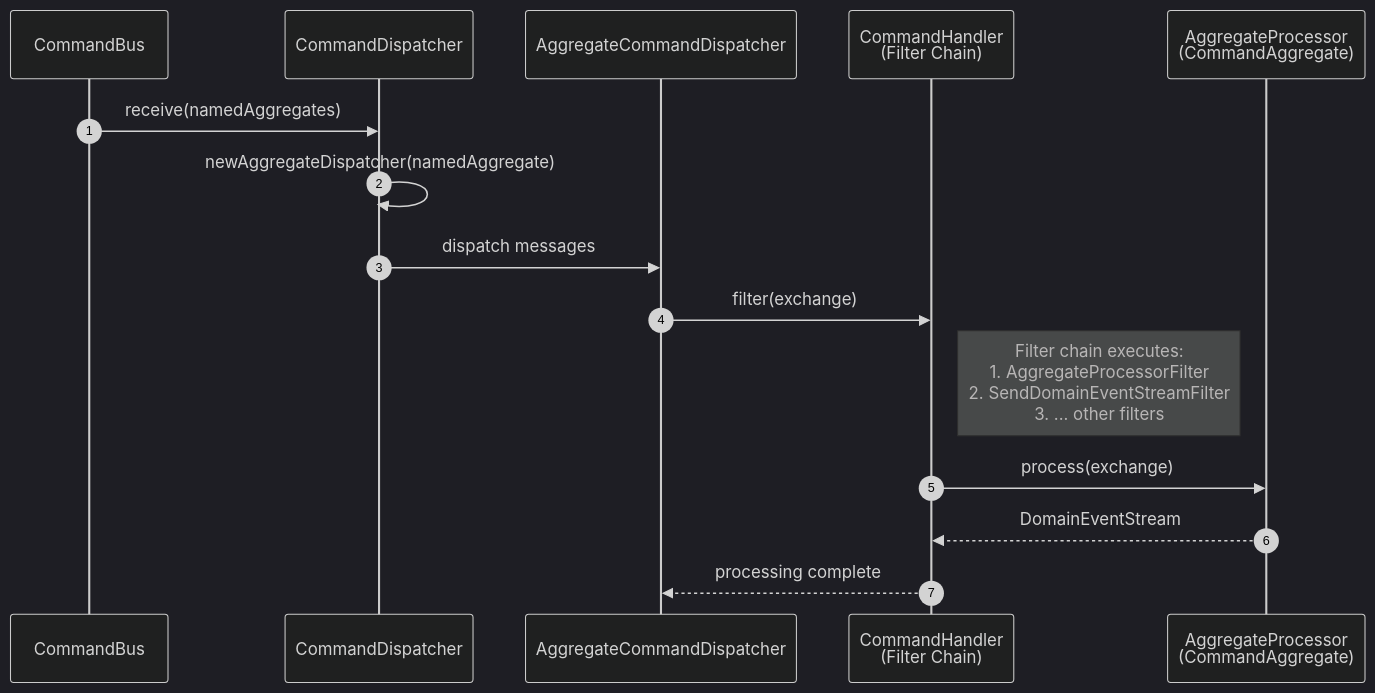
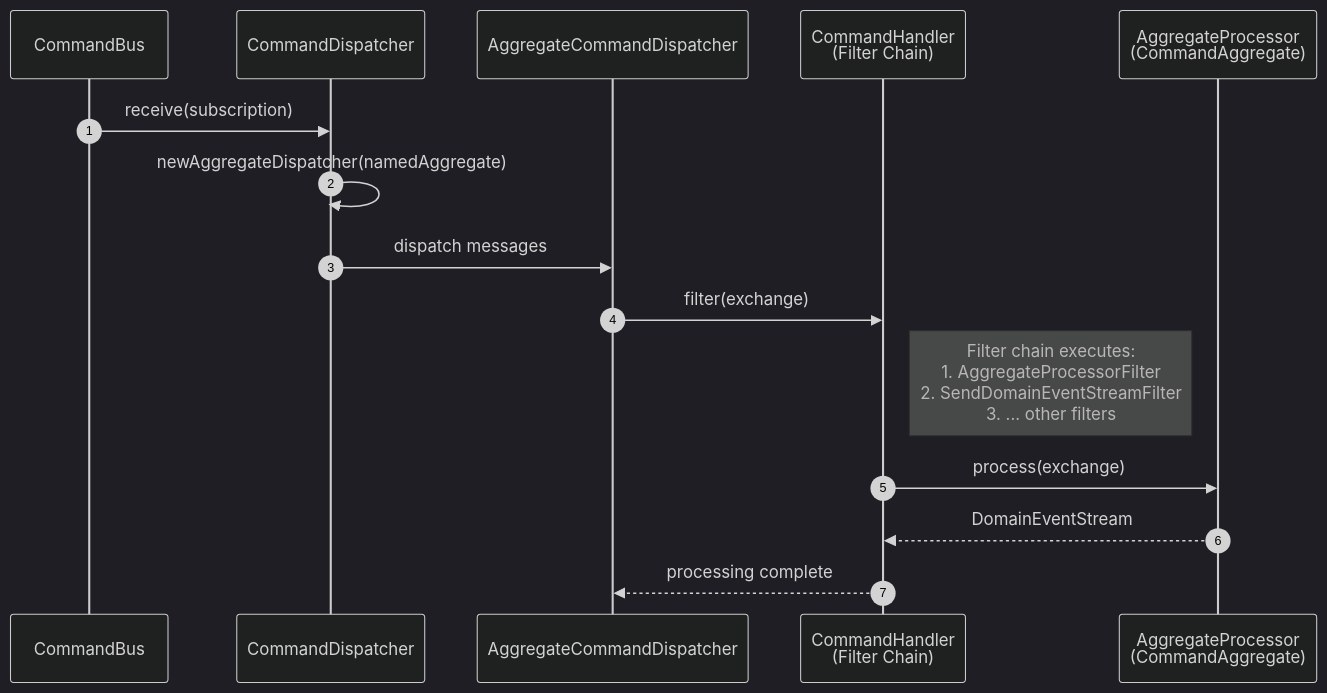
The third of 10 diagrams in documentation/docs/en/guide/advanced/data-flow.md (Ahoo-Wang/Wow), drawn with Mermaid (dark theme) before and after one commit. The commit also changed 42 other files, not shown here.

````diff
--- a/documentation/docs/en/guide/advanced/data-flow.md
+++ b/documentation/docs/en/guide/advanced/data-flow.md
@@ -99,20 +99,20 @@
 ```mermaid
 sequenceDiagram
     autonumber
     participant CB as CommandBus
     participant CD as CommandDispatcher
     participant ACD as AggregateCommandDispatcher
     participant CH as CommandHandler<br>(Filter Chain)
     participant AP as AggregateProcessor<br>(CommandAggregate)
 
-    CB->>CD: receive(namedAggregates)
+    CB->>CD: receive(subscription)
     CD->>CD: newAggregateDispatcher(namedAggregate)
     CD->>ACD: dispatch messages
     ACD->>CH: filter(exchange)
     Note right of CH: Filter chain executes:<br>1. AggregateProcessorFilter<br>2. SendDomainEventStreamFilter<br>3. ... other filters
     CH->>AP: process(exchange)
     AP-->>CH: DomainEventStream
     CH-->>ACD: processing complete
 
 
 ```
````
